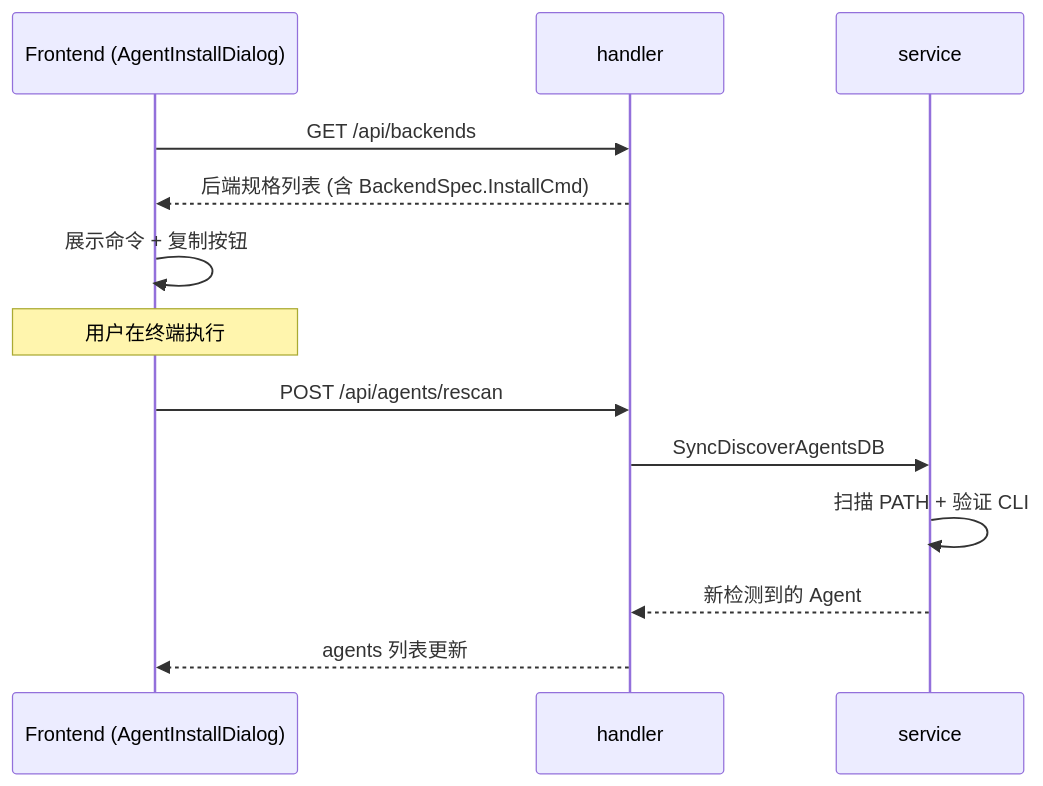
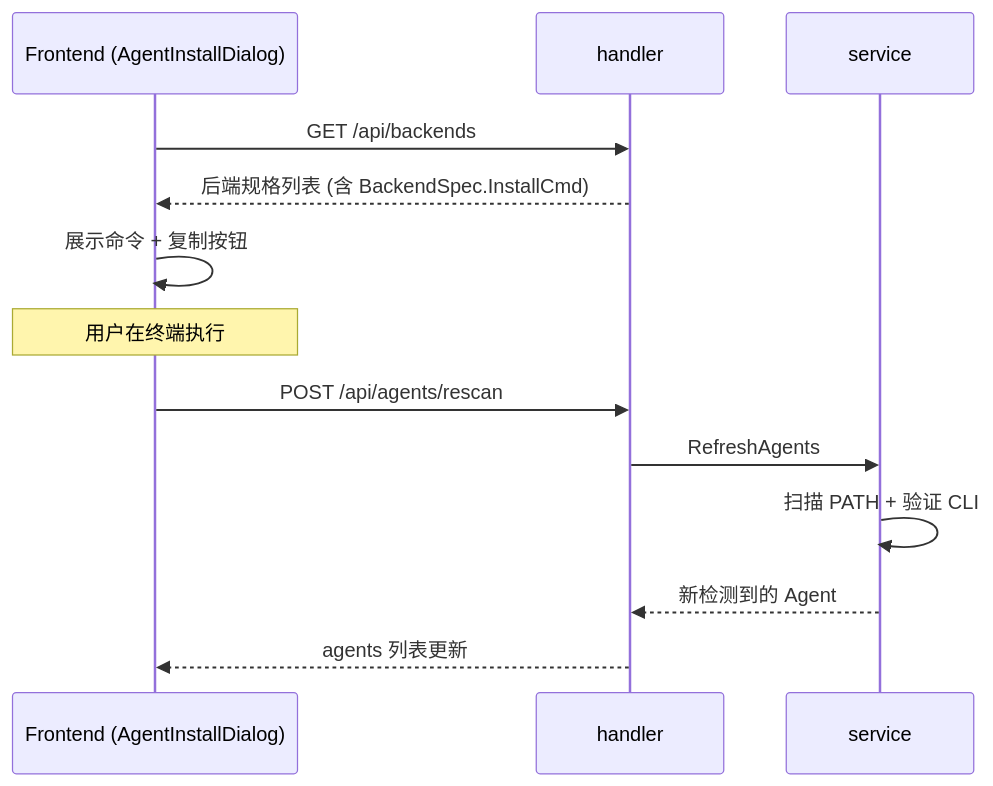
Before and after one commit to clawbench-dev/clawbench: the second of 2 diagrams in docs/spec/features/setup-wizard.md, drawn with Mermaid. The commit also changed other lines of this file and 62 other files, not shown here.

````diff
--- a/docs/spec/features/setup-wizard.md
+++ b/docs/spec/features/setup-wizard.md
@@ -40,16 +40,16 @@
 ```mermaid
 sequenceDiagram
     participant F as Frontend (AgentInstallDialog)
     participant H as handler
     participant S as service
 
     F->>H: GET /api/backends
     H-->>F: 后端规格列表 (含 BackendSpec.InstallCmd)
     F->>F: 展示命令 + 复制按钮
     Note over F: 用户在终端执行
     F->>H: POST /api/agents/rescan
-    H->>S: SyncDiscoverAgentsDB
+    H->>S: RefreshAgents
     S->>S: 扫描 PATH + 验证 CLI
     S-->>H: 新检测到的 Agent
     H-->>F: agents 列表更新
 ```
````
